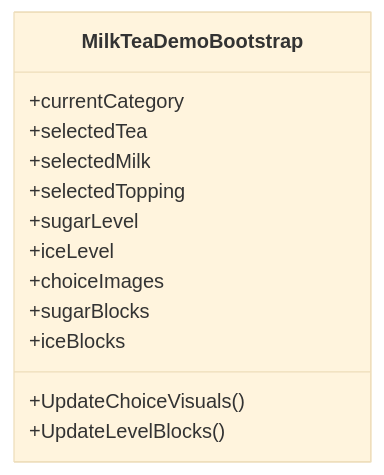
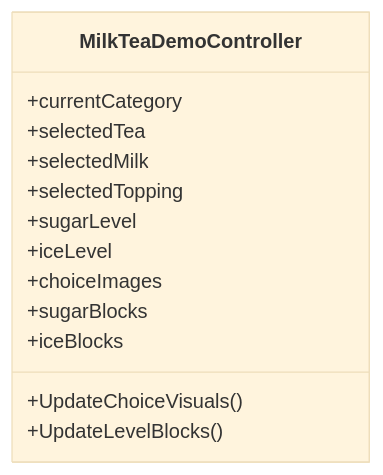
One commit to Thanatos42/-demo changed the sixth of 9 diagrams in .qoder/repowiki/zh/content/原料管理机制.md. Above: the diagram before and after it, drawn with Mermaid (base theme). The commit also changed other lines of this file and 16 other files, not shown here.

````diff
--- a/.qoder/repowiki/zh/content/原料管理机制.md
+++ b/.qoder/repowiki/zh/content/原料管理机制.md
@@ -222,16 +250,16 @@
 ```mermaid
 classDiagram
-class MilkTeaDemoBootstrap {
+class MilkTeaDemoController {
 +currentCategory
 +selectedTea
 +selectedMilk
 +selectedTopping
 +sugarLevel
 +iceLevel
 +choiceImages
 +sugarBlocks
 +iceBlocks
 +UpdateChoiceVisuals()
 +UpdateLevelBlocks()
 }
 ```
````
